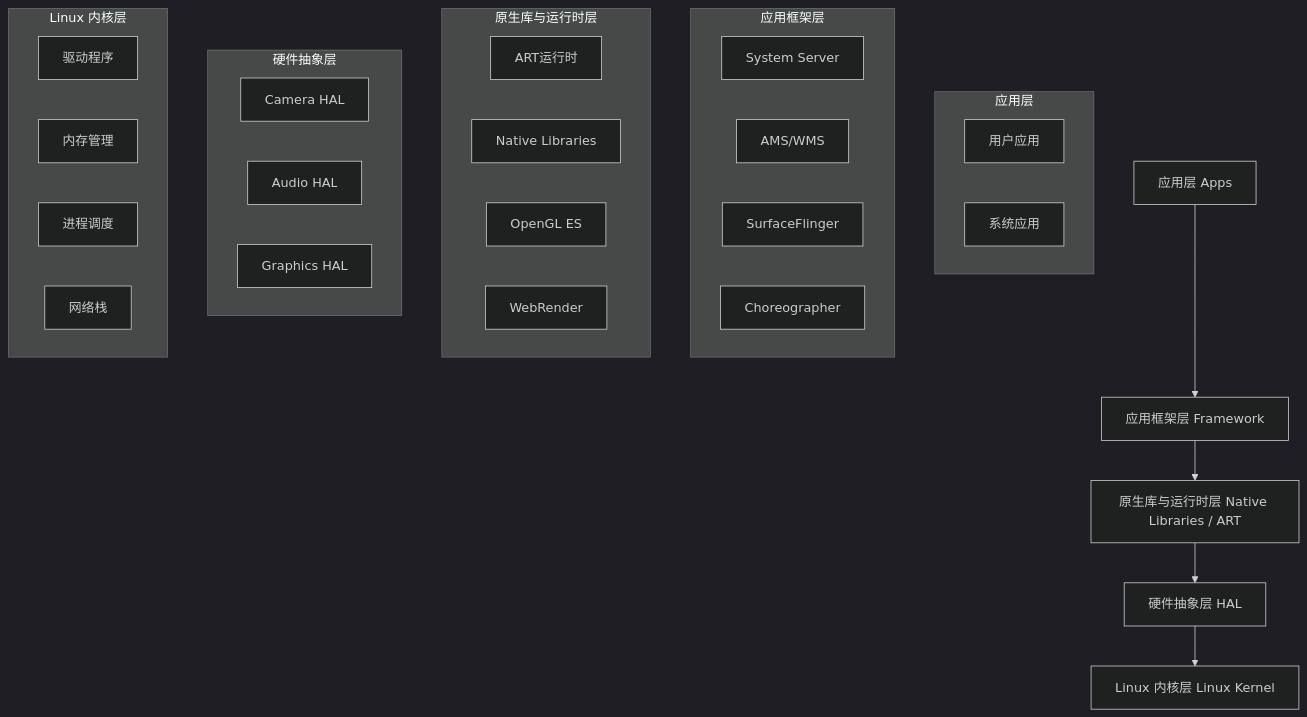
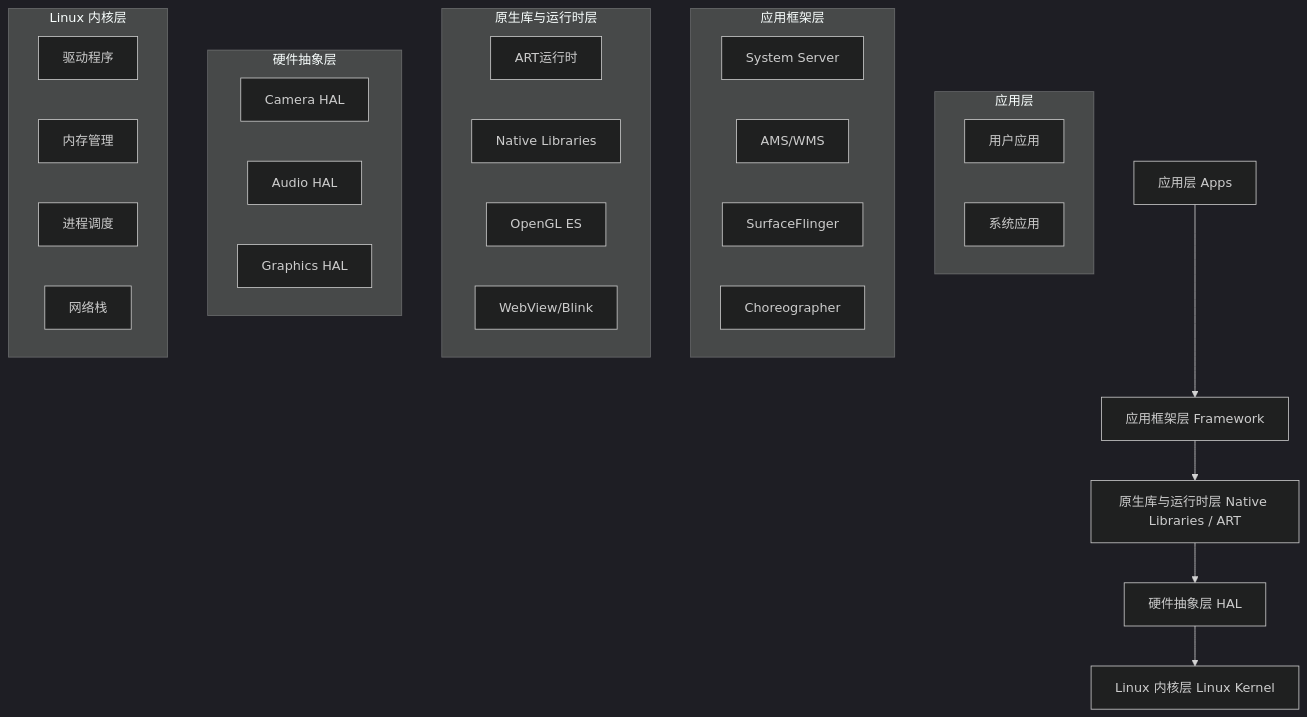
The diagram in src/part1-fundamentals/ch01-architecture/01-layered-architecture.md (Gracker/android-internals-wiki), drawn with Mermaid (dark theme) before and after one commit. The commit also changed other lines of this file and 2 other files, not shown here.

````diff
--- a/src/part1-fundamentals/ch01-architecture/01-layered-architecture.md
+++ b/src/part1-fundamentals/ch01-architecture/01-layered-architecture.md
@@ -64,39 +66,39 @@
 ```mermaid
 graph TB
     A[应用层 Apps] --> B[应用框架层 Framework]
     B --> C[原生库与运行时层 Native Libraries / ART]
     C --> D[硬件抽象层 HAL]
     D --> E[Linux 内核层 Linux Kernel]
     
     subgraph "应用层"
         A1[用户应用]
         A2[系统应用]
     end
     
     subgraph "应用框架层"
         B1[System Server]
         B2[AMS/WMS]
         B3[SurfaceFlinger]
         B4[Choreographer]
     end
     
     subgraph "原生库与运行时层"
         C1[ART运行时]
         C2[Native Libraries]
         C3[OpenGL ES]
-        C4[WebRender]
+        C4[WebView/Blink]
     end
     
     subgraph "硬件抽象层"
         D1[Camera HAL]
         D2[Audio HAL]
         D3[Graphics HAL]
     end
     
     subgraph "Linux 内核层"
         E1[驱动程序]
         E2[内存管理]
         E3[进程调度]
         E4[网络栈]
     end
 ```
````
